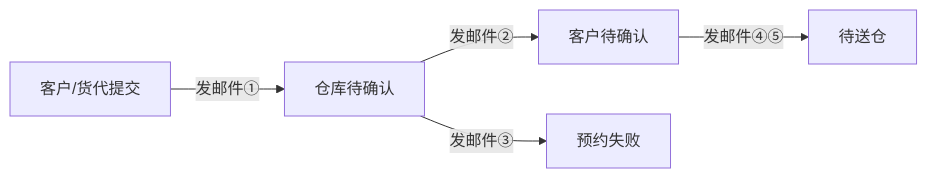
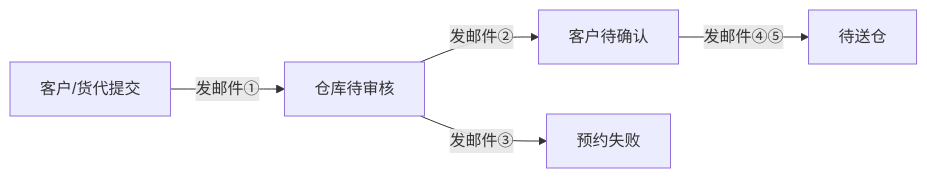
The diagram in docs/预约送仓邮件模板需求文档.md (changkimfung/WedoBooking), drawn with Mermaid before and after one commit. The commit also changed other lines of this file and 181 other files, not shown here.

````diff
--- a/docs/预约送仓邮件模板需求文档.md
+++ b/docs/预约送仓邮件模板需求文档.md
@@ -22,7 +23,7 @@
 ```mermaid
 flowchart LR
-    A[客户/货代提交] -->|发邮件①| B[仓库待确认]
+    A[客户/货代提交] -->|发邮件①| B[仓库待审核]
     B -->|发邮件②| C[客户待确认]
     B -->|发邮件③| X[预约失败]
     C -->|发邮件④⑤| D[待送仓]
 ```
````
